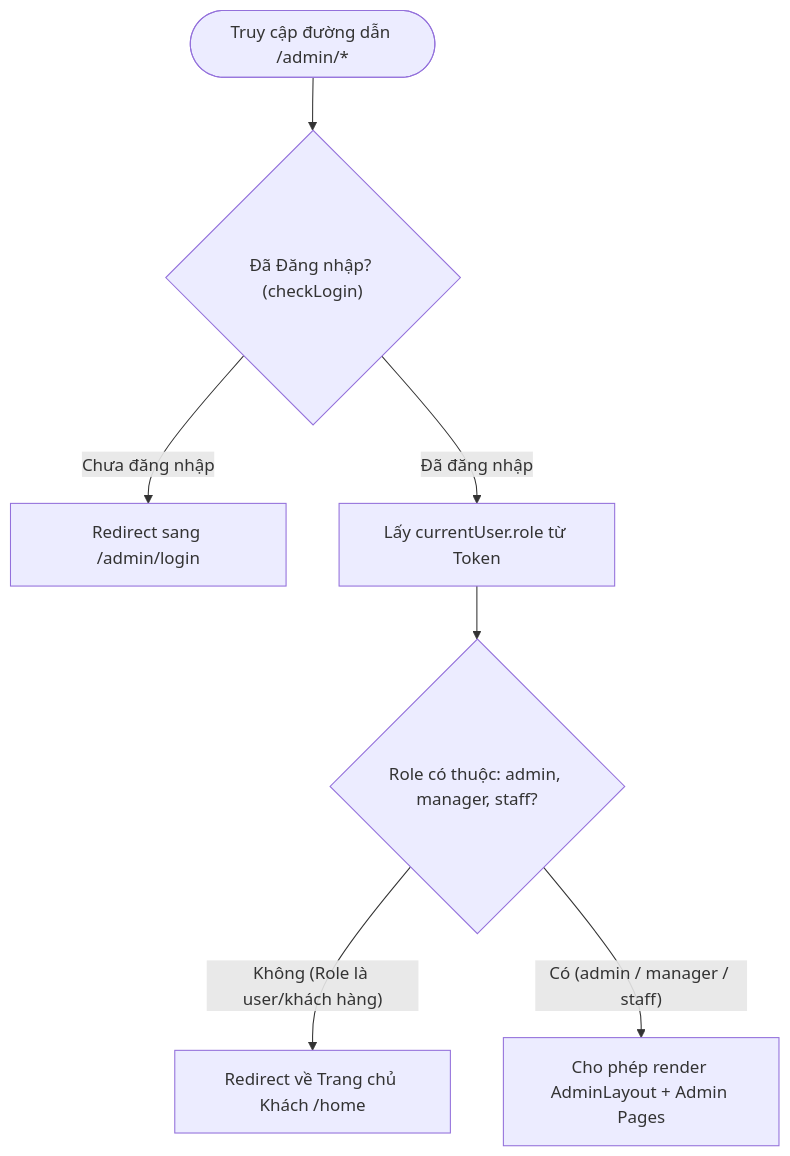
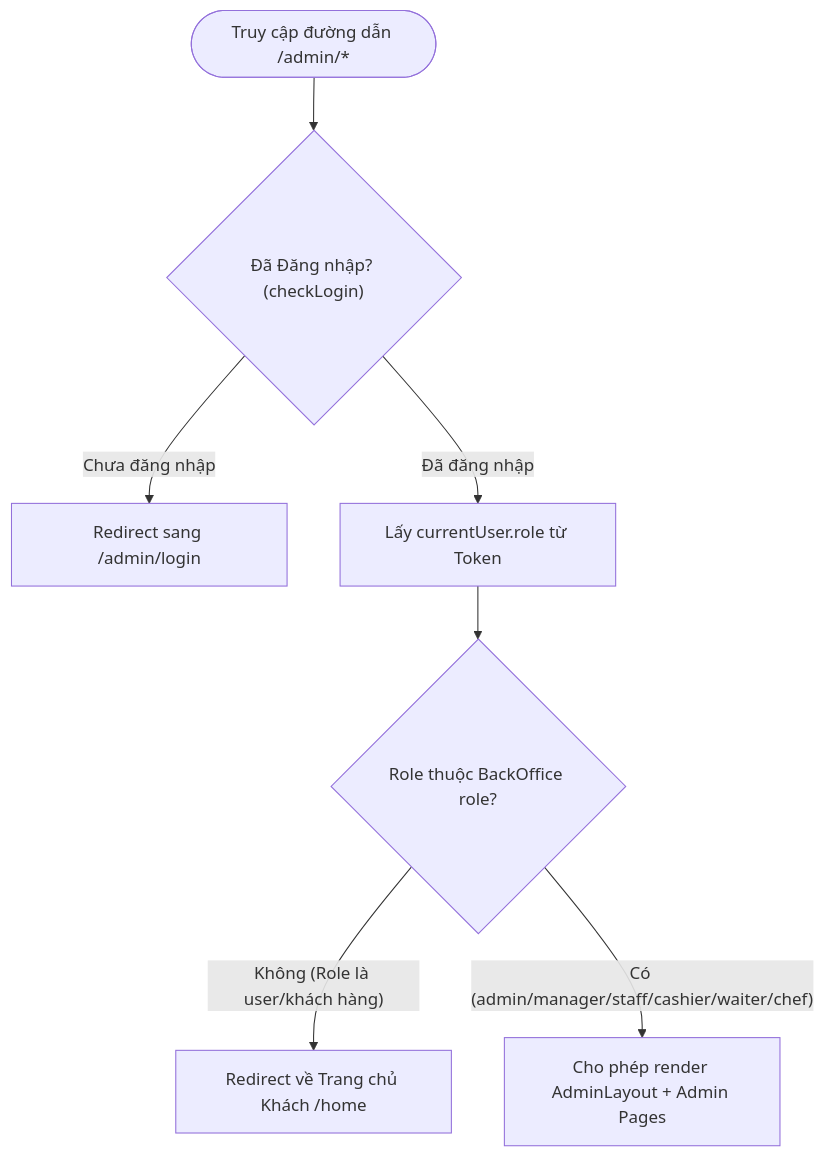
The sixth of 14 diagrams in docs/So_do_Cau_truc/So_do_cau_truc.md (dinhphu-3564/Restaurant-Management), drawn with Mermaid before and after one commit. The commit also changed other lines of this file and 6 other files, not shown here.

````diff
--- a/docs/So_do_Cau_truc/So_do_cau_truc.md
+++ b/docs/So_do_Cau_truc/So_do_cau_truc.md
@@ -187,11 +191,11 @@
 ```mermaid
 flowchart TD
     AdminAccess([Truy cập đường dẫn /admin/*]) --> CheckLogin{"Đã Đăng nhập? (checkLogin)"}
     
     CheckLogin -- "Chưa đăng nhập" --> GoLogin["Redirect sang /admin/login"]
     CheckLogin -- "Đã đăng nhập" --> GetUserRole["Lấy currentUser.role từ Token"]
     
-    GetUserRole --> CheckRole{"Role có thuộc: admin, manager, staff?"}
+    GetUserRole --> CheckRole{"Role thuộc BackOffice role?"}
     CheckRole -- "Không (Role là user/khách hàng)" --> KickHome["Redirect về Trang chủ Khách /home"]
-    CheckRole -- "Có (admin / manager / staff)" --> AllowAdmin["Cho phép render AdminLayout + Admin Pages"]
+    CheckRole -- "Có (admin/manager/staff/cashier/waiter/chef)" --> AllowAdmin["Cho phép render AdminLayout + Admin Pages"]
 ```
````
